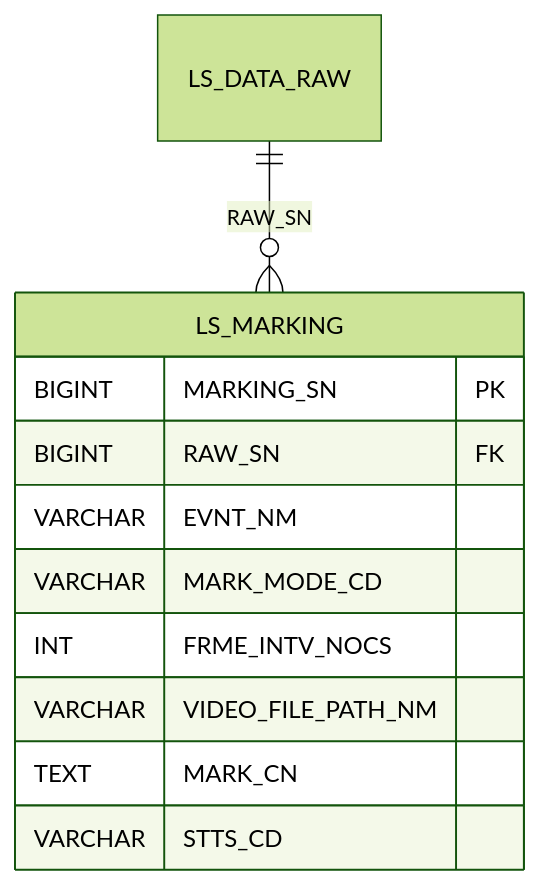
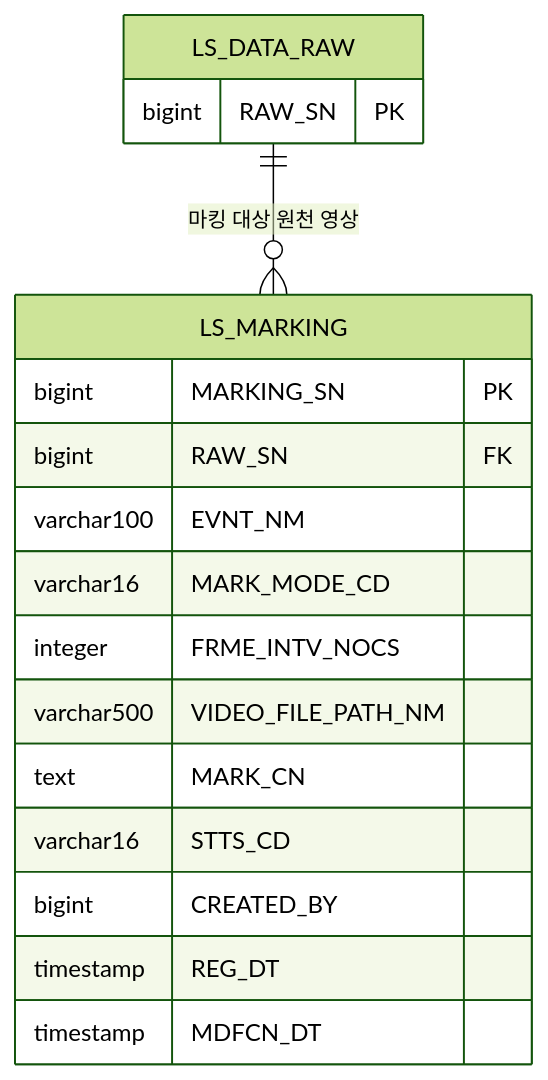
Before and after one commit to New-stella/klid-label: the fourth of 12 diagrams in docs/design/D8-엔티티관계모형설계서.md, drawn with Mermaid (forest theme). The commit also changed other lines of this file and 9 other files, not shown here.

````diff
--- a/docs/design/D8-엔티티관계모형설계서.md
+++ b/docs/design/D8-엔티티관계모형설계서.md
@@ -188,15 +268,21 @@
 ```mermaid
 erDiagram
-    LS_DATA_RAW ||--o{ LS_MARKING : "RAW_SN"
+    LS_MARKING {
+        bigint MARKING_SN PK
+        bigint RAW_SN FK
+        varchar100 EVNT_NM
+        varchar16 MARK_MODE_CD
+        integer FRME_INTV_NOCS
+        varchar500 VIDEO_FILE_PATH_NM
+        text MARK_CN
+        varchar16 STTS_CD
+        bigint CREATED_BY
+        timestamp REG_DT
+        timestamp MDFCN_DT
+    }
+    LS_DATA_RAW {
+        bigint RAW_SN PK
+    }
 
-    LS_MARKING {
-        BIGINT MARKING_SN PK
-        BIGINT RAW_SN FK
-        VARCHAR EVNT_NM
-        VARCHAR MARK_MODE_CD
-        INT FRME_INTV_NOCS
-        VARCHAR VIDEO_FILE_PATH_NM
-        TEXT MARK_CN
-        VARCHAR STTS_CD
-    }
+    LS_DATA_RAW ||--o{ LS_MARKING : "마킹 대상 원천 영상"
 ```
````
